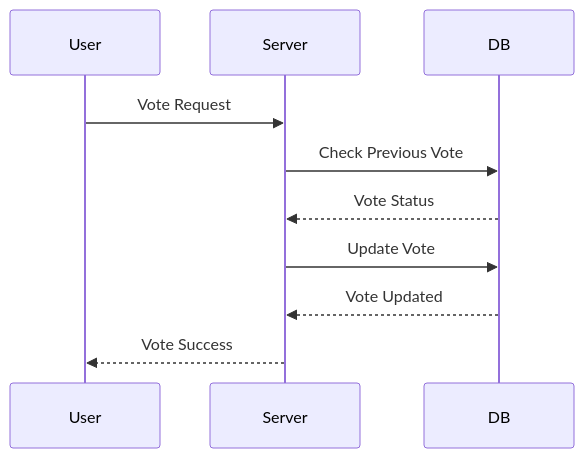
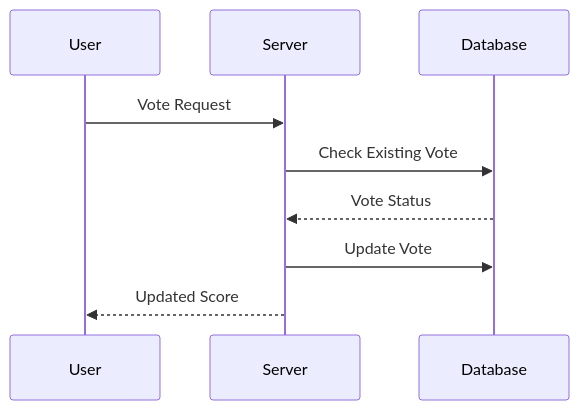
Before and after one commit to guiiireg/forum: the fourth of 6 diagrams in docs/architecture.md, drawn with Mermaid. The commit also changed other lines of this file and 2 other files, not shown here.

````diff
--- a/docs/architecture.md
+++ b/docs/architecture.md
@@ -65,13 +47,12 @@
 ```mermaid
 sequenceDiagram
     participant User
     participant Server
-    participant DB
+    participant Database
     
     User->>Server: Vote Request
-    Server->>DB: Check Previous Vote
-    DB-->>Server: Vote Status
-    Server->>DB: Update Vote
-    DB-->>Server: Vote Updated
-    Server-->>User: Vote Success
+    Server->>Database: Check Existing Vote
+    Database-->>Server: Vote Status
+    Server->>Database: Update Vote
+    Server-->>User: Updated Score
 ```
````
